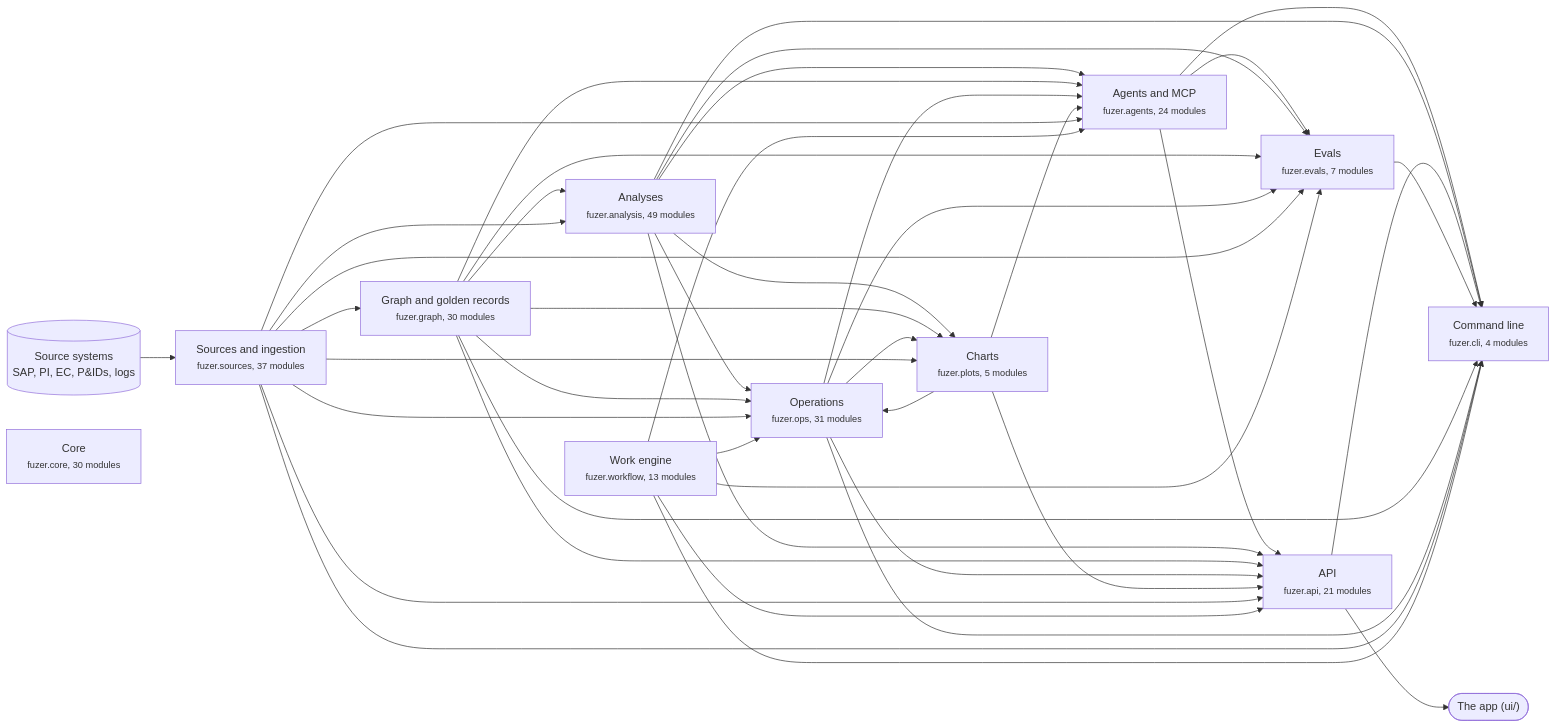
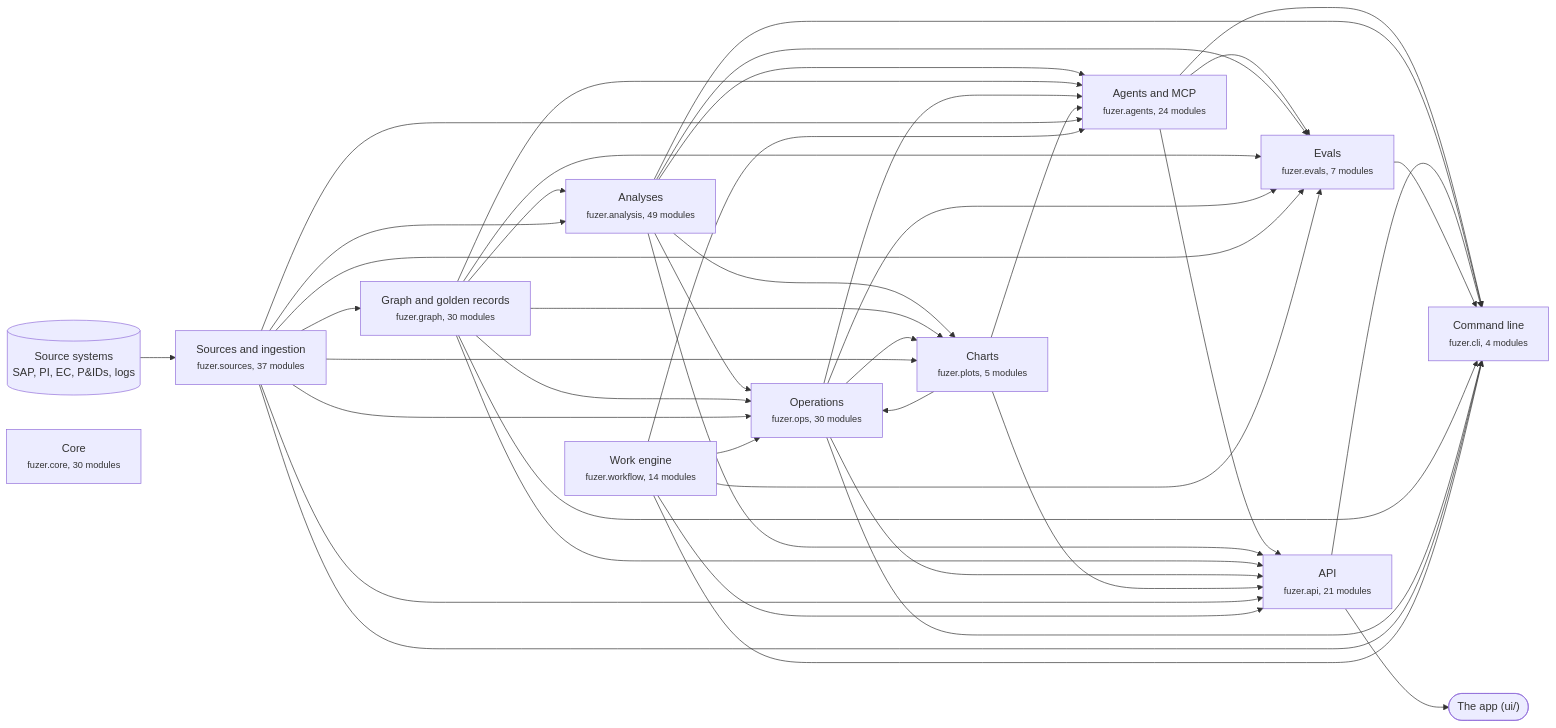
One commit to areed145/fuzer changed the first of 3 diagrams in docs/architecture.md. Above: the diagram before and after it, drawn with Mermaid. The commit also changed other lines of this file and 6 other files, not shown here.

First line of the commit message:
Conformance lives in workflow: ops may not import the work engine

````diff
--- a/docs/architecture.md
+++ b/docs/architecture.md
@@ -8,67 +8,67 @@
 ```mermaid
 flowchart LR
   systems[("Source systems<br>SAP, PI, EC, P&IDs, logs")] --> c_sources
   app(["The app (ui/)"])
   c_api --> app
   c_sources["Sources and ingestion<br><small>fuzer.sources, 37 modules</small>"]
   c_graph["Graph and golden records<br><small>fuzer.graph, 30 modules</small>"]
   c_analysis["Analyses<br><small>fuzer.analysis, 49 modules</small>"]
-  c_ops["Operations<br><small>fuzer.ops, 31 modules</small>"]
+  c_ops["Operations<br><small>fuzer.ops, 30 modules</small>"]
   c_plots["Charts<br><small>fuzer.plots, 5 modules</small>"]
-  c_workflow["Work engine<br><small>fuzer.workflow, 13 modules</small>"]
+  c_workflow["Work engine<br><small>fuzer.workflow, 14 modules</small>"]
   c_agents["Agents and MCP<br><small>fuzer.agents, 24 modules</small>"]
   c_evals["Evals<br><small>fuzer.evals, 7 modules</small>"]
   c_api["API<br><small>fuzer.api, 21 modules</small>"]
   c_cli["Command line<br><small>fuzer.cli, 4 modules</small>"]
   c_core["Core<br><small>fuzer.core, 30 modules</small>"]
   c_sources --> c_graph
   c_graph --> c_analysis
   c_sources --> c_analysis
   c_analysis --> c_ops
   c_graph --> c_ops
   c_plots --> c_ops
   c_sources --> c_ops
   c_workflow --> c_ops
   c_analysis --> c_plots
   c_graph --> c_plots
   c_ops --> c_plots
   c_sources --> c_plots
   c_analysis --> c_agents
   c_graph --> c_agents
   c_ops --> c_agents
   c_plots --> c_agents
   c_sources --> c_agents
   c_workflow --> c_agents
   c_agents --> c_evals
   c_analysis --> c_evals
   c_graph --> c_evals
   c_ops --> c_evals
   c_sources --> c_evals
   c_workflow --> c_evals
   c_agents --> c_api
   c_analysis --> c_api
   c_graph --> c_api
   c_ops --> c_api
   c_plots --> c_api
   c_sources --> c_api
   c_workflow --> c_api
   c_agents --> c_cli
   c_analysis --> c_cli
   c_api --> c_cli
   c_evals --> c_cli
   c_graph --> c_cli
   c_ops --> c_cli
   c_sources --> c_cli
   c_workflow --> c_cli
   click c_sources "https://github.com/areed145/fuzer/tree/main/src/fuzer/sources"
   click c_graph "https://github.com/areed145/fuzer/tree/main/src/fuzer/graph"
   click c_analysis "https://github.com/areed145/fuzer/tree/main/src/fuzer/analysis"
   click c_ops "https://github.com/areed145/fuzer/tree/main/src/fuzer/ops"
   click c_plots "https://github.com/areed145/fuzer/tree/main/src/fuzer/plots"
   click c_workflow "https://github.com/areed145/fuzer/tree/main/src/fuzer/workflow"
   click c_agents "https://github.com/areed145/fuzer/tree/main/src/fuzer/agents"
   click c_evals "https://github.com/areed145/fuzer/tree/main/src/fuzer/evals"
   click c_api "https://github.com/areed145/fuzer/tree/main/src/fuzer/api"
   click c_cli "https://github.com/areed145/fuzer/tree/main/src/fuzer/cli"
   click c_core "https://github.com/areed145/fuzer/tree/main/src/fuzer/core"
 ```
````
